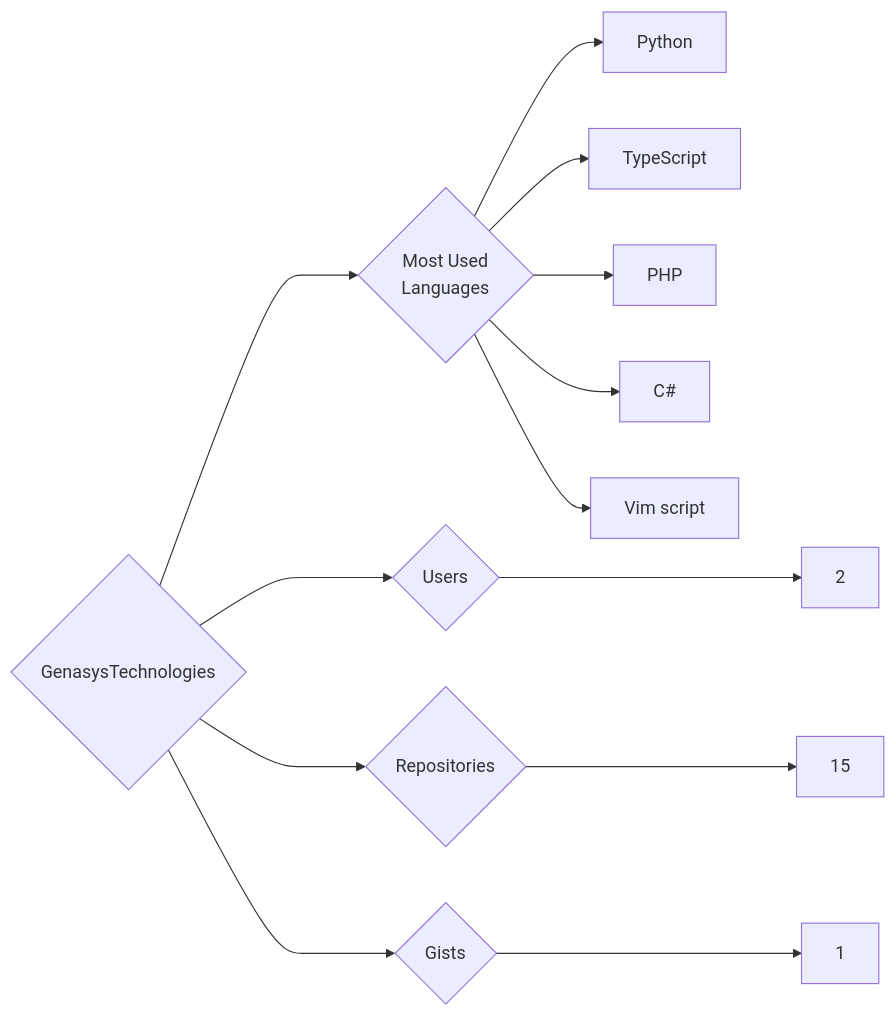
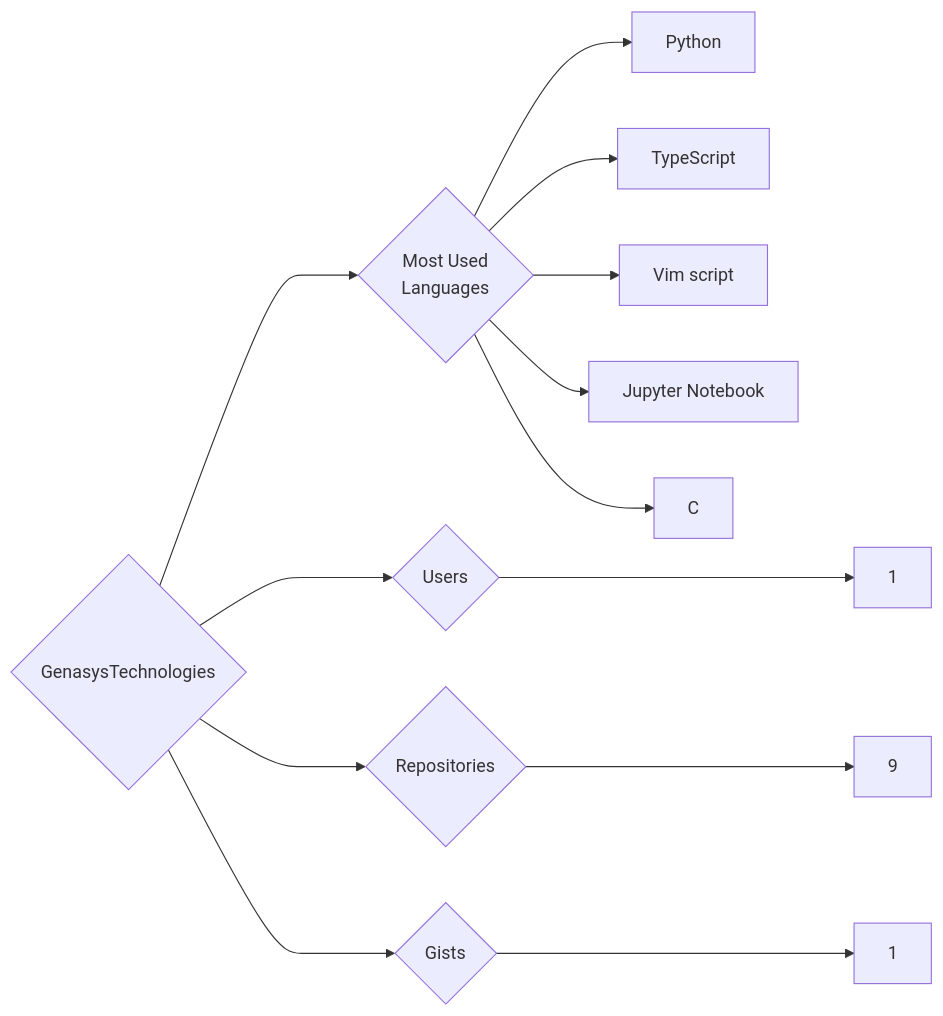
The diagram in targets/GenasysTechnologies/README.md (trickest/insiders), drawn with Mermaid before and after one commit. The commit also changed 944 other files, not shown here.

````diff
--- a/targets/GenasysTechnologies/README.md
+++ b/targets/GenasysTechnologies/README.md
@@ -3,13 +3,13 @@
 ```mermaid
 graph LR
 COMPANY_NAME{GenasysTechnologies}
-COMPANY_NAME ---> U{Users} ---> UN[2]
-COMPANY_NAME ---> R{Repositories} ---> RN[15]
+COMPANY_NAME ---> U{Users} ---> UN[1]
+COMPANY_NAME ---> R{Repositories} ---> RN[9]
 COMPANY_NAME ---> G{Gists} ---> GN[1]
 COMPANY_NAME ---> ML{Most Used<br>Languages}
 ML --> Python[Python]
 ML --> TypeScript[TypeScript]
-ML --> PHP[PHP]
-ML --> C#[C#]
 ML --> Vim_script[Vim script]
+ML --> Jupyter_Notebook[Jupyter Notebook]
+ML --> C[C]
 ```
````
